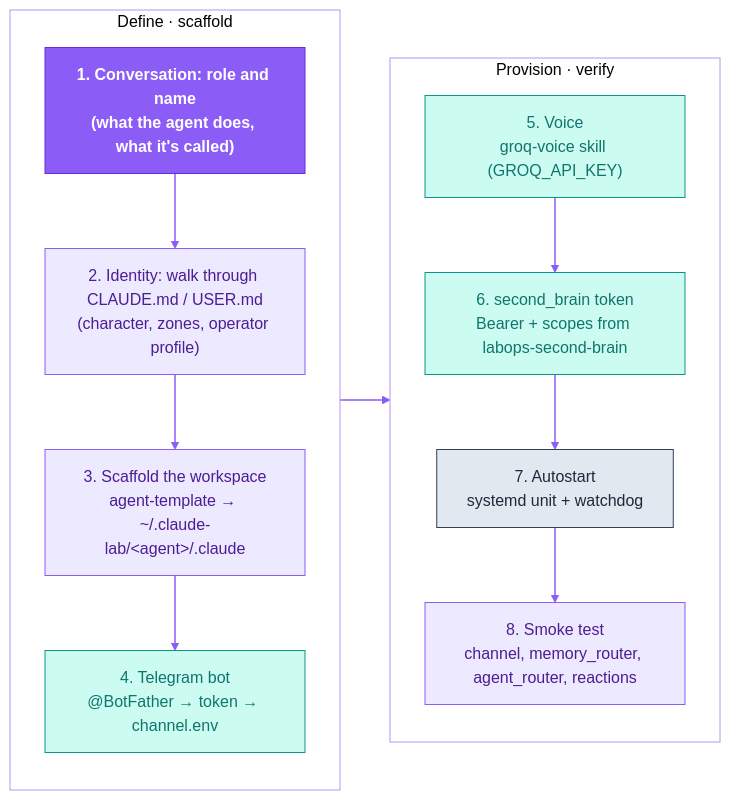
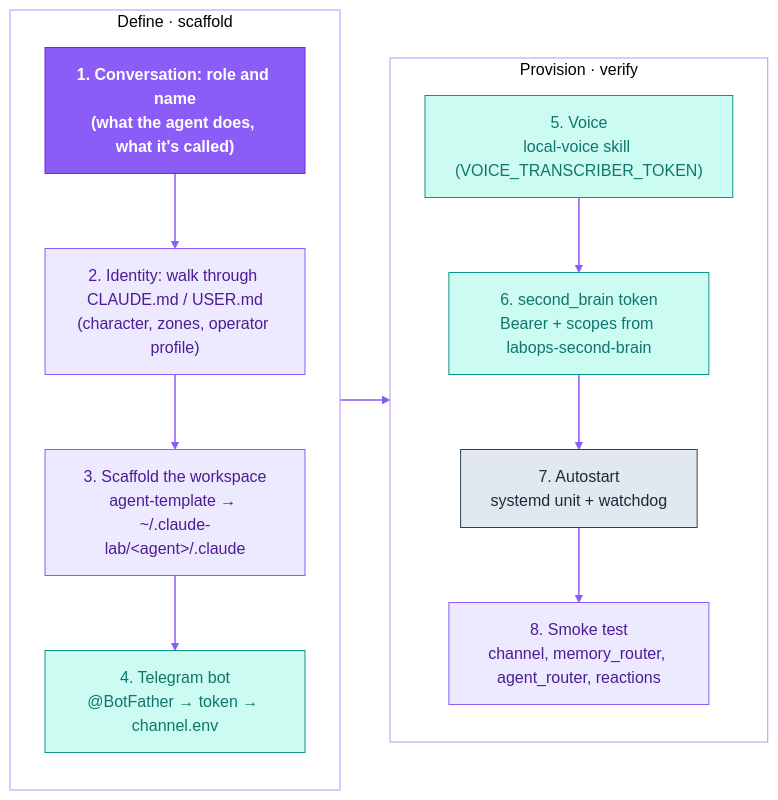
Before and after one commit to dediukhinpa/labops-ai-assistant: the fourth of 4 diagrams in agent-architecture/README.md, drawn with Mermaid. The commit also changed other lines of this file and 14 other files, not shown here.

Commit message:
Document the local voice service and drop Groq from env, templates and READMEs

````diff
--- a/agent-architecture/README.md
+++ b/agent-architecture/README.md
@@ -313,29 +313,29 @@
 ```mermaid
 %%{init: {'theme':'base','themeVariables':{'primaryColor':'#EDE9FE','primaryTextColor':'#4C1D95','primaryBorderColor':'#8B5CF6','lineColor':'#8B5CF6','secondaryColor':'#F1F5F9','tertiaryColor':'#ffffff','clusterBkg':'transparent','clusterBorder':'#B794F4','fontFamily':'Helvetica,Arial,sans-serif'}}}%%
 flowchart LR
   subgraph c1["Define · scaffold"]
     direction TB
     S1["1. Conversation: role and name<br/>(what the agent does, what it's called)"]
     S2["2. Identity: walk through CLAUDE.md / USER.md<br/>(character, zones, operator profile)"]
     S3["3. Scaffold the workspace<br/>agent-template → ~/.claude-lab/&lt;agent&gt;/.claude"]
     S4["4. Telegram bot<br/>@BotFather → token → channel.env"]
     S1 --> S2 --> S3 --> S4
   end
   subgraph c2["Provision · verify"]
     direction TB
-    S5["5. Voice<br/>groq-voice skill (GROQ_API_KEY)"]
+    S5["5. Voice<br/>local-voice skill (VOICE_TRANSCRIBER_TOKEN)"]
     S6["6. second_brain token<br/>Bearer + scopes from labops-second-brain"]
     S7["7. Autostart<br/>systemd unit + watchdog"]
     S8["8. Smoke test<br/>channel, memory_router, agent_router, reactions"]
     S5 --> S6 --> S7 --> S8
   end
   S4 --> S5
   classDef brand fill:#8B5CF6,stroke:#6D28D9,color:#ffffff,font-weight:bold
   classDef ext fill:#CCFBF1,stroke:#0D9488,color:#0F766E
   classDef store fill:#FEF3C7,stroke:#D97706,color:#92400E
   classDef sys fill:#E2E8F0,stroke:#334155,color:#1E293B
   linkStyle default stroke:#8B5CF6,stroke-width:1.5px
   class S1 brand
   class S4,S5,S6 ext
   class S7 sys
 ```
````
